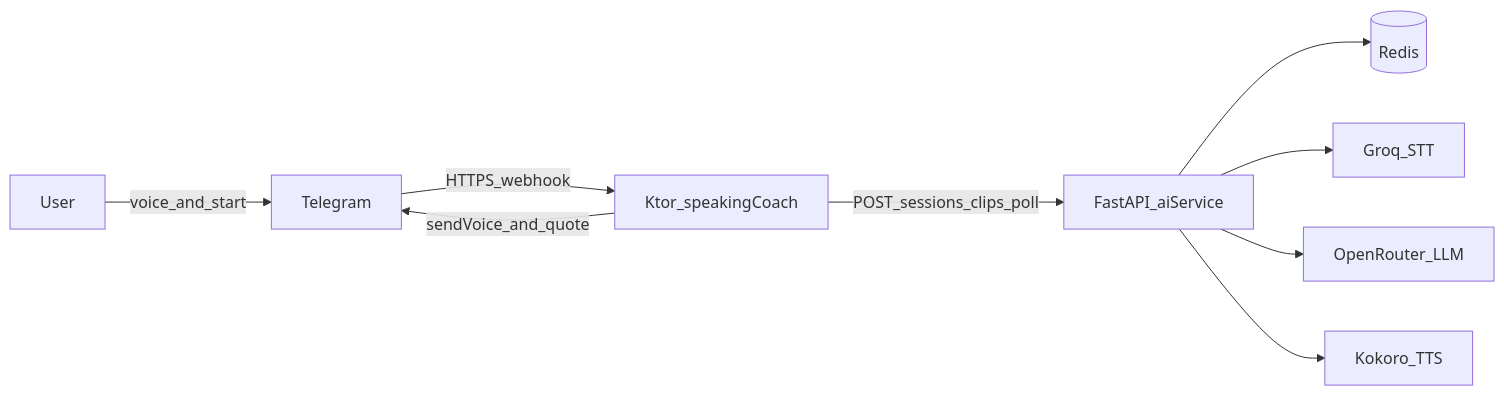
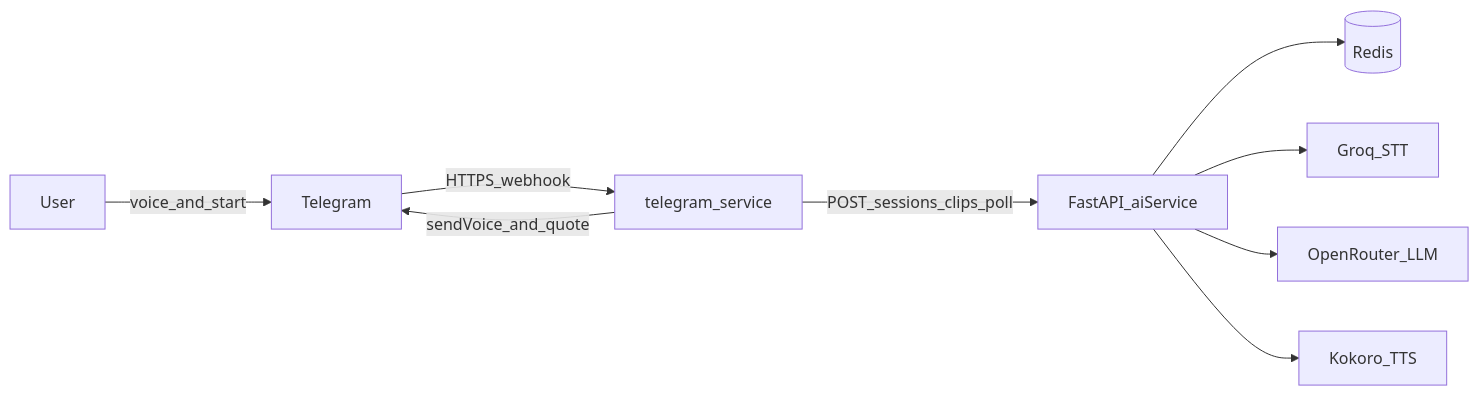
The first of 4 diagrams in ai_docs/architecture.md (greenblat17/1billion-dollar-startup), drawn with Mermaid before and after one commit. The commit also changed other lines of this file and 39 other files, not shown here.

Commit message:
Give telegram-service and cmp-service their own processes and point DEV deploys at service-named secrets.

````diff
--- a/ai_docs/architecture.md
+++ b/ai_docs/architecture.md
@@ -21,20 +22,20 @@
 ```mermaid
 flowchart LR
   user[User]
   tg[Telegram]
-  ktor[Ktor_speakingCoach]
+  ktor[telegram_service]
   ai[FastAPI_aiService]
   redis[(Redis)]
   groq[Groq_STT]
   orouter[OpenRouter_LLM]
   kokoro[Kokoro_TTS]
 
   user -->|voice_and_start| tg
   tg -->|HTTPS_webhook| ktor
   ktor -->|POST_sessions_clips_poll| ai
   ktor -->|sendVoice_and_quote| tg
   ai --> redis
   ai --> groq
   ai --> orouter
   ai --> kokoro
 ```
````
